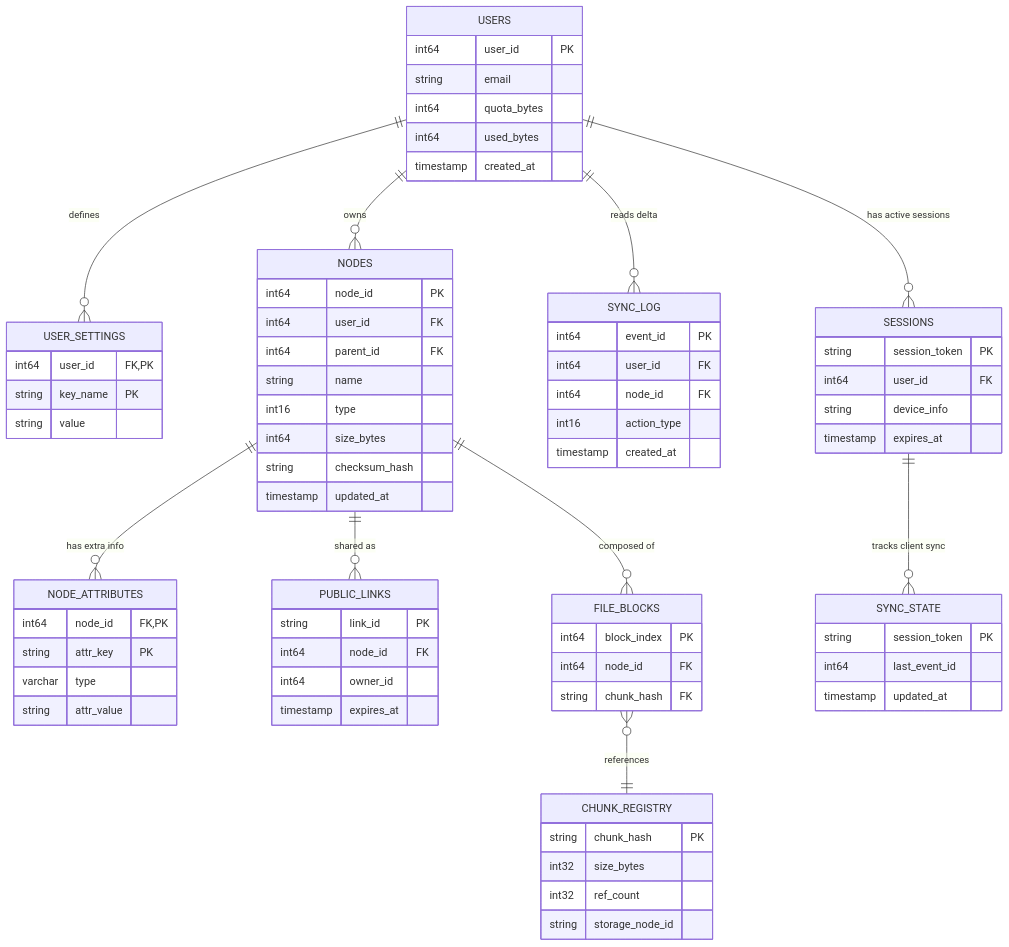
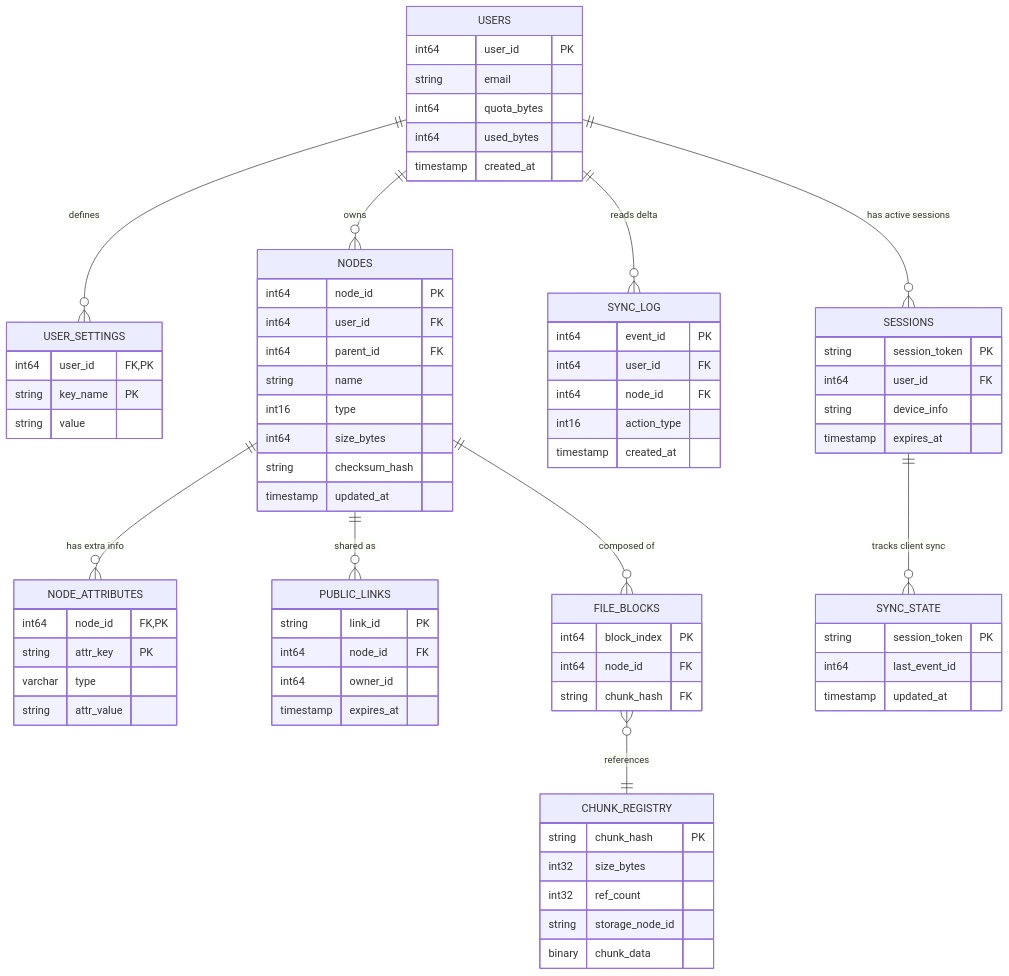
Before and after one commit to ender019/VK_Highload: the first of 2 diagrams in README.md, drawn with Mermaid. The commit also changed other lines of this file, not shown here.

```diff
--- a/README.md
+++ b/README.md
@@ -290,6 +278,7 @@
         int32 size_bytes
         int32 ref_count
         string storage_node_id
+        binary chunk_data
     }
 
     SYNC_LOG {
```
